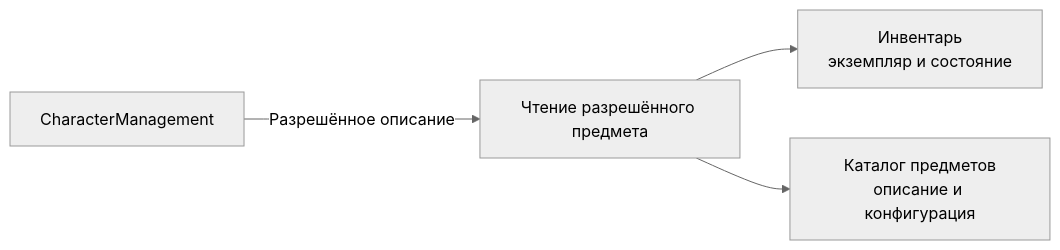
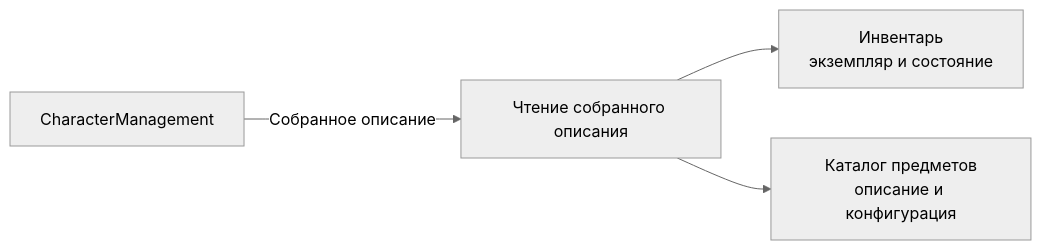
Before and after one commit to Gl-lab/PathfinderStore: the first of 3 diagrams in MemoryBank/20_domain/store/target_architecture_togaf.md, drawn with Mermaid (neutral theme). The commit also changed other lines of this file and 19 other files, not shown here.

````diff
--- a/MemoryBank/20_domain/store/target_architecture_togaf.md
+++ b/MemoryBank/20_domain/store/target_architecture_togaf.md
@@ -300,11 +300,11 @@
 ```mermaid
 flowchart LR
     CM["CharacterManagement"]
-    Reader["Чтение разрешённого предмета"]
+    Reader["Чтение собранного описания"]
     Inventory["Инвентарь<br/>экземпляр и состояние"]
     Catalog["Каталог предметов<br/>описание и конфигурация"]
 
-    CM -->|"Разрешённое описание"| Reader
+    CM -->|"Собранное описание"| Reader
     Reader --> Inventory
     Reader --> Catalog
 ```
````
